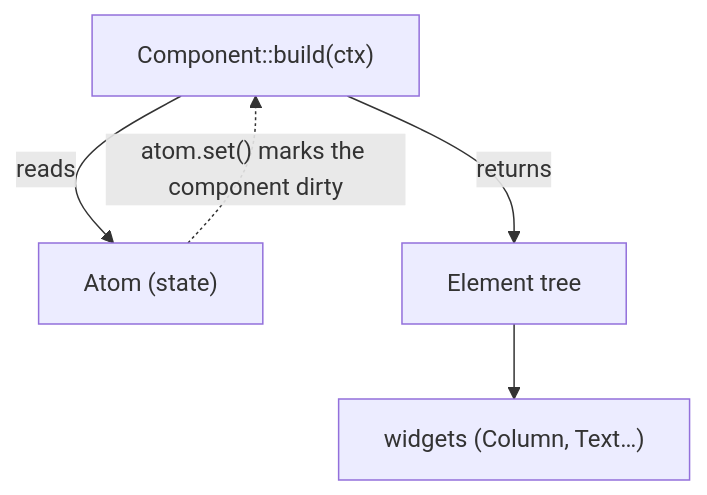
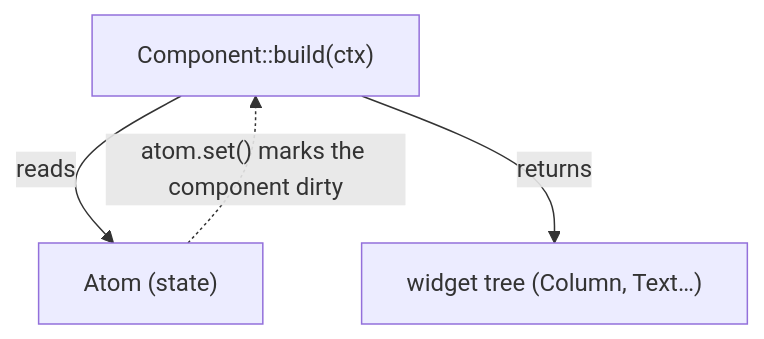
Before and after one commit to rosace-ui/rosace: the diagram in docs/architecture/core.md, drawn with Mermaid. The commit also changed other lines of this file and 22 other files, not shown here.

````diff
--- a/docs/architecture/core.md
+++ b/docs/architecture/core.md
@@ -13,7 +13,6 @@
 ```mermaid
 graph TD
     C["Component::build(ctx)"] -->|reads| A["Atom (state)"]
-    C -->|returns| EL["Element tree"]
-    EL --> WID["widgets (Column, Text…)"]
+    C -->|returns| WID["widget tree (Column, Text…)"]
     A -.->|"atom.set() marks the component dirty"| C
 ```
````
